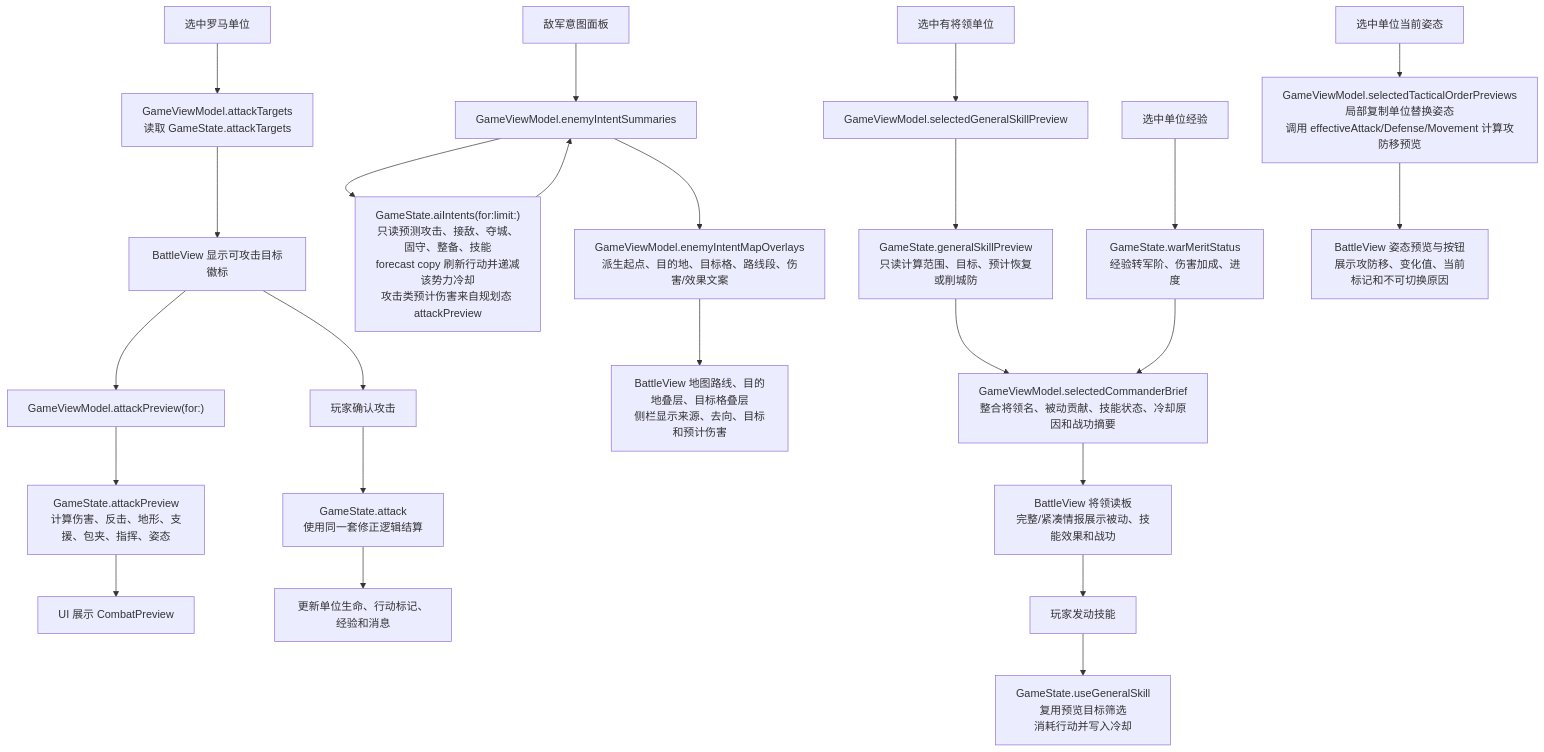
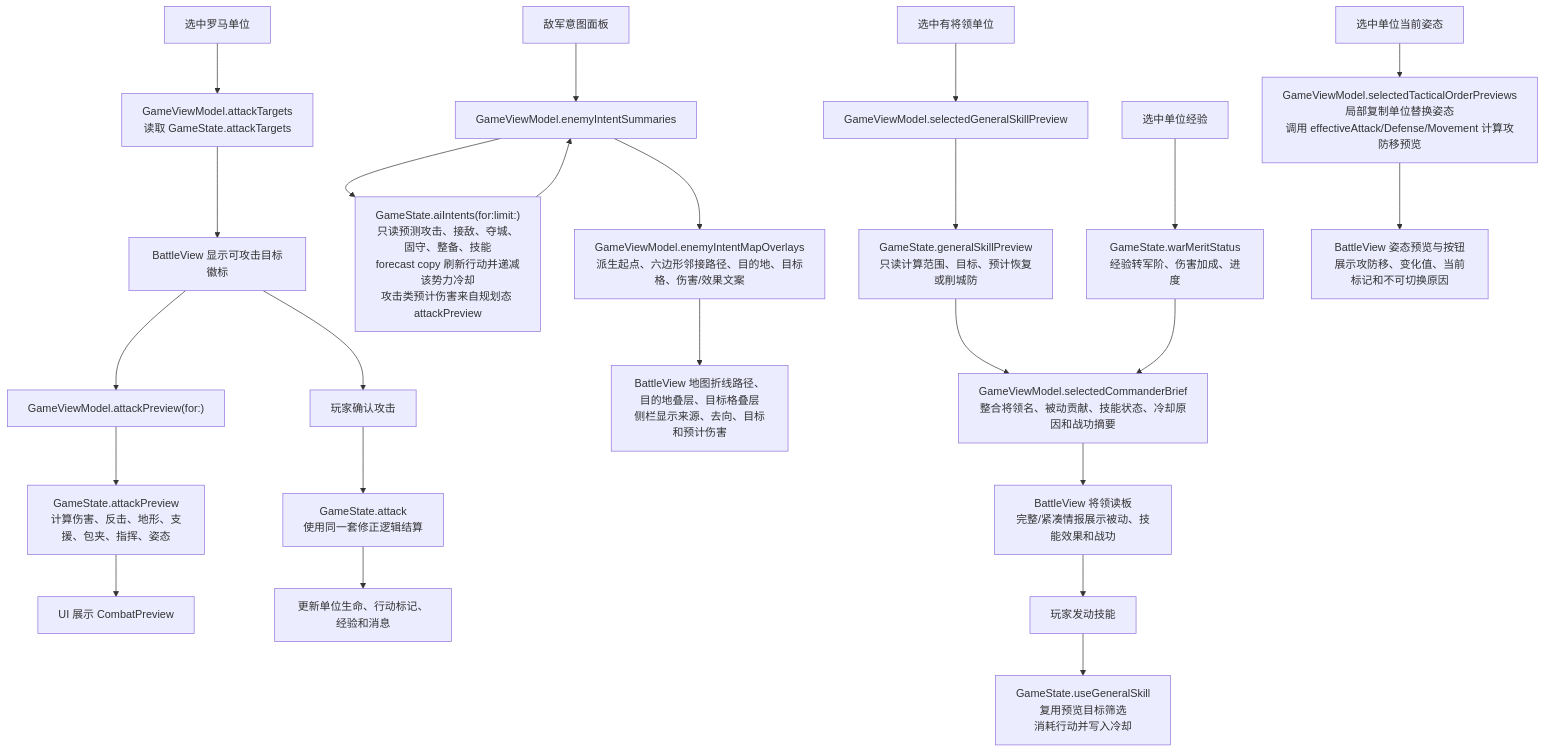
The third of 6 diagrams in md/flow/flowchart.md (Altman-sam114/119), drawn with Mermaid before and after one commit. The commit also changed 8 other files, not shown here.

Commit message:
v0.12: 优化敌军意图路径预览

````diff
--- a/md/flow/flowchart.md
+++ b/md/flow/flowchart.md
@@ -44,30 +44,30 @@
 ```mermaid
 flowchart TD
     A["选中罗马单位"] --> B["GameViewModel.attackTargets<br/>读取 GameState.attackTargets"]
     B --> C["BattleView 显示可攻击目标徽标"]
     C --> D["GameViewModel.attackPreview(for:)"]
     D --> E["GameState.attackPreview<br/>计算伤害、反击、地形、支援、包夹、指挥、姿态"]
     E --> F["UI 展示 CombatPreview"]
     C --> G["玩家确认攻击"]
     G --> H["GameState.attack<br/>使用同一套修正逻辑结算"]
     H --> I["更新单位生命、行动标记、经验和消息"]
 
     J["敌军意图面板"] --> K["GameViewModel.enemyIntentSummaries"]
     K --> L["GameState.aiIntents(for:limit:)<br/>只读预测攻击、接敌、夺城、固守、整备、技能<br/>forecast copy 刷新行动并递减该势力冷却<br/>攻击类预计伤害来自规划态 attackPreview"]
-    K --> M["GameViewModel.enemyIntentMapOverlays<br/>派生起点、目的地、目标格、路线段、伤害/效果文案"]
+    K --> M["GameViewModel.enemyIntentMapOverlays<br/>派生起点、六边形邻接路径、目的地、目标格、伤害/效果文案"]
     L --> K
-    M --> W["BattleView 地图路线、目的地叠层、目标格叠层<br/>侧栏显示来源、去向、目标和预计伤害"]
+    M --> W["BattleView 地图折线路径、目的地叠层、目标格叠层<br/>侧栏显示来源、去向、目标和预计伤害"]
 
     N["选中有将领单位"] --> O["GameViewModel.selectedGeneralSkillPreview"]
     O --> P["GameState.generalSkillPreview<br/>只读计算范围、目标、预计恢复或削城防"]
     P --> Q["GameViewModel.selectedCommanderBrief<br/>整合将领名、被动贡献、技能状态、冷却原因和战功摘要"]
     Q --> X["BattleView 将领读板<br/>完整/紧凑情报展示被动、技能效果和战功"]
     X --> R["玩家发动技能"]
     R --> S["GameState.useGeneralSkill<br/>复用预览目标筛选<br/>消耗行动并写入冷却"]
 
     T["选中单位经验"] --> U["GameState.warMeritStatus<br/>经验转军阶、伤害加成、进度"]
     U --> Q
 
     Y["选中单位当前姿态"] --> Z["GameViewModel.selectedTacticalOrderPreviews<br/>局部复制单位替换姿态<br/>调用 effectiveAttack/Defense/Movement 计算攻防移预览"]
     Z --> AA["BattleView 姿态预览与按钮<br/>展示攻防移、变化值、当前标记和不可切换原因"]
 ```
````
